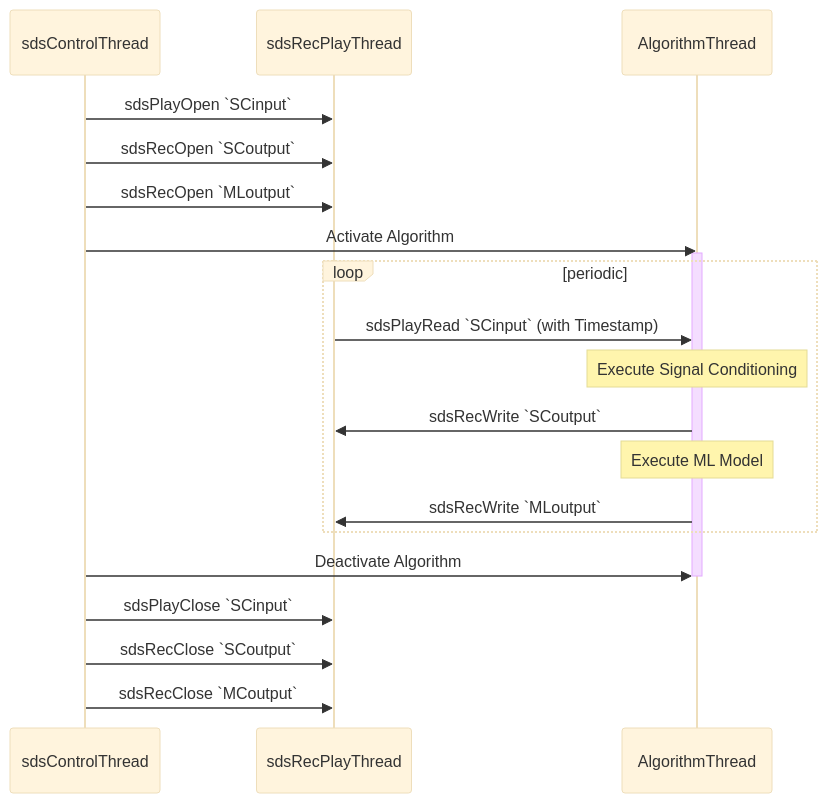
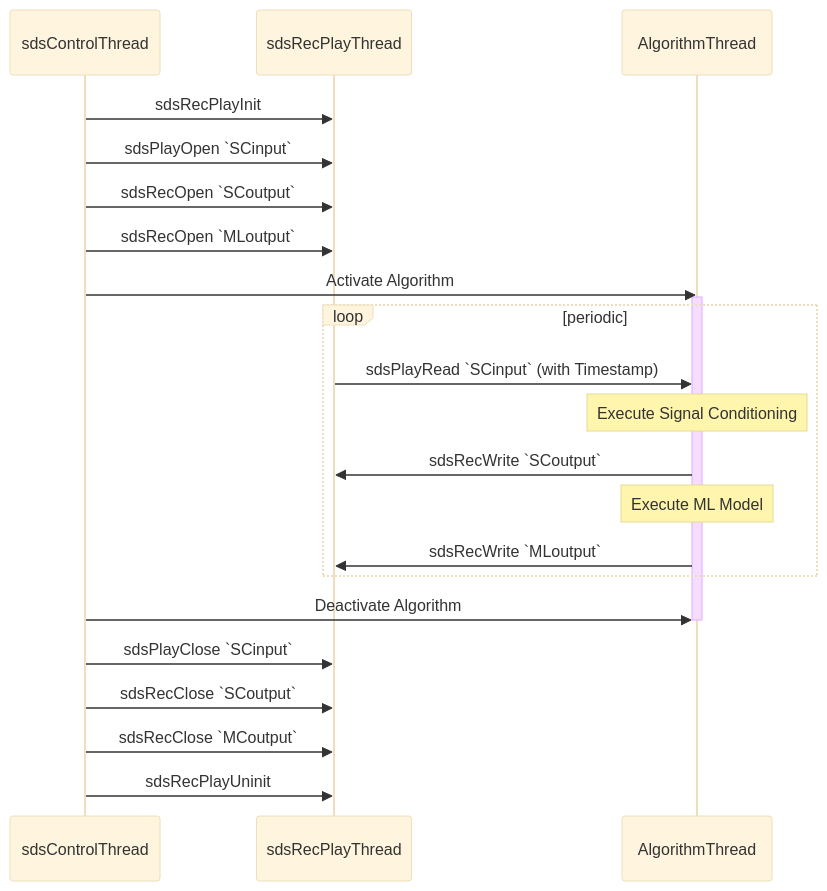
The first of 3 diagrams in documentation/theory.md (ARM-software/SDS-Framework), drawn with Mermaid (base theme) before and after one commit. The commit also changed other lines of this file and 6 other files, not shown here.

````diff
--- a/documentation/theory.md
+++ b/documentation/theory.md
@@ -24,23 +24,25 @@
 ```mermaid
 sequenceDiagram
     participant sdsControlThread
     participant sdsRecPlayThread
     participant AlgorithmThread
+    sdsControlThread->>sdsRecPlayThread: sdsRecPlayInit
     sdsControlThread->>sdsRecPlayThread: sdsPlayOpen `SCinput`
     sdsControlThread->>sdsRecPlayThread: sdsRecOpen `SCoutput`
     sdsControlThread->>sdsRecPlayThread: sdsRecOpen `MLoutput`
     sdsControlThread->>AlgorithmThread: Activate Algorithm
     Activate AlgorithmThread
     loop periodic
         sdsRecPlayThread->>AlgorithmThread: sdsPlayRead `SCinput` (with Timestamp)
         Note over AlgorithmThread: Execute Signal Conditioning
         AlgorithmThread->>sdsRecPlayThread: sdsRecWrite `SCoutput`
         Note over AlgorithmThread: Execute ML Model
         AlgorithmThread->>sdsRecPlayThread: sdsRecWrite `MLoutput`
     end
     sdsControlThread->>AlgorithmThread: Deactivate Algorithm
     Deactivate AlgorithmThread
     sdsControlThread->>sdsRecPlayThread: sdsPlayClose `SCinput`
     sdsControlThread->>sdsRecPlayThread: sdsRecClose `SCoutput`
     sdsControlThread->>sdsRecPlayThread: sdsRecClose `MCoutput`
+    sdsControlThread->>sdsRecPlayThread: sdsRecPlayUninit
 ```
````
